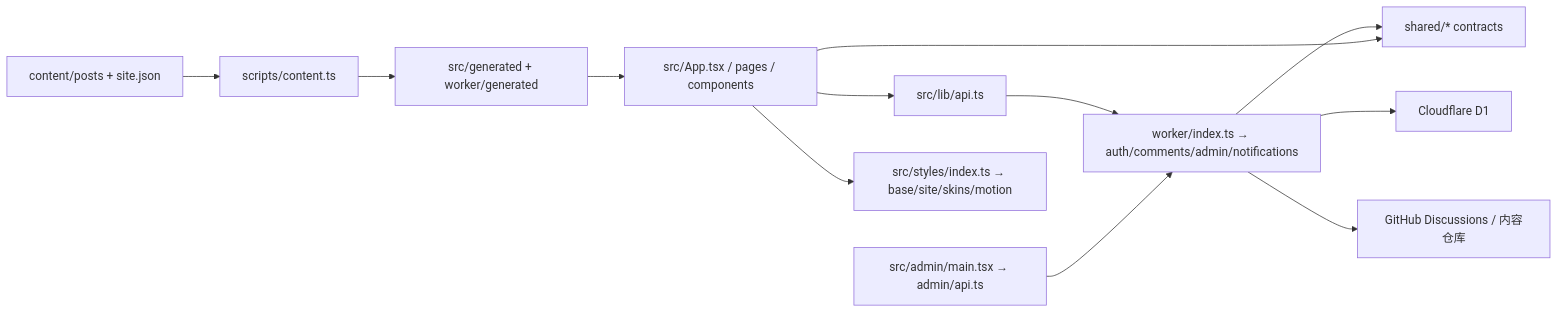
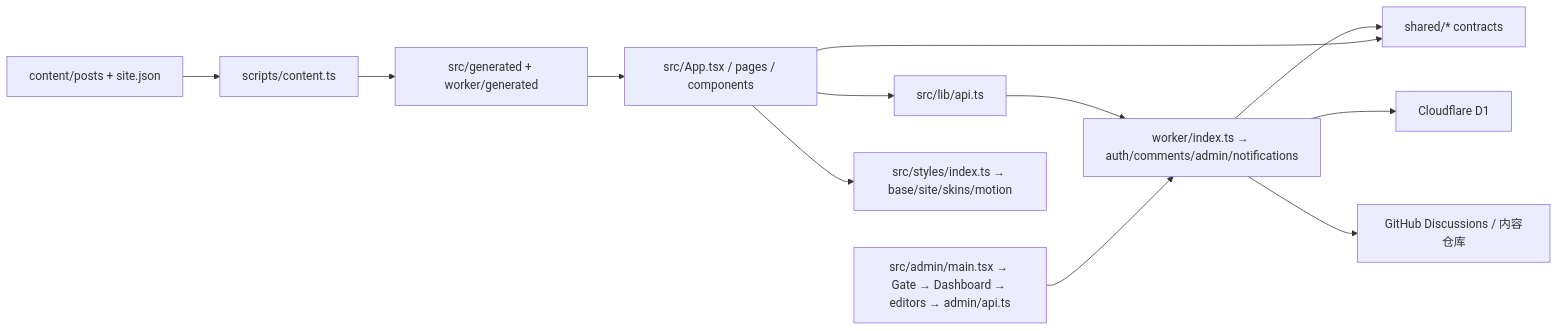
One commit to YohakuSama/waylan-blog changed the first of 2 diagrams in docs/ARCHITECTURE.md. Above: the diagram before and after it, drawn with Mermaid. The commit also changed other lines of this file and 12 other files, not shown here.

````diff
--- a/docs/ARCHITECTURE.md
+++ b/docs/ARCHITECTURE.md
@@ -9,14 +9,14 @@
 ```mermaid
 flowchart LR
     Content["content/posts + site.json"] --> Build["scripts/content.ts"]
     Build --> Generated["src/generated + worker/generated"]
     Generated --> Front["src/App.tsx / pages / components"]
     Front --> BrowserApi["src/lib/api.ts"]
     BrowserApi --> Worker["worker/index.ts → auth/comments/admin/notifications"]
     Worker --> Shared["shared/* contracts"]
     Front --> Shared
     Worker --> D1["Cloudflare D1"]
     Worker --> GitHub["GitHub Discussions / 内容仓库"]
-    Admin["src/admin/main.tsx → admin/api.ts"] --> Worker
+    Admin["src/admin/main.tsx → Gate → Dashboard → editors → admin/api.ts"] --> Worker
     Front --> Styles["src/styles/index.ts → base/site/skins/motion"]
 ```
````
